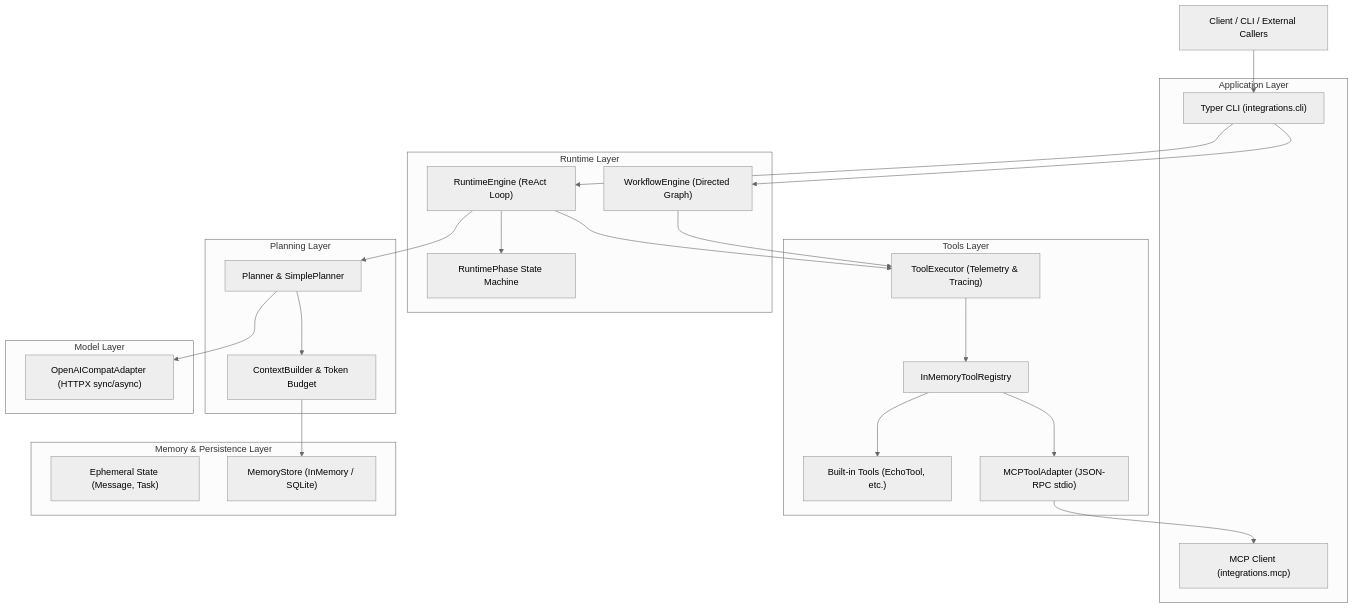
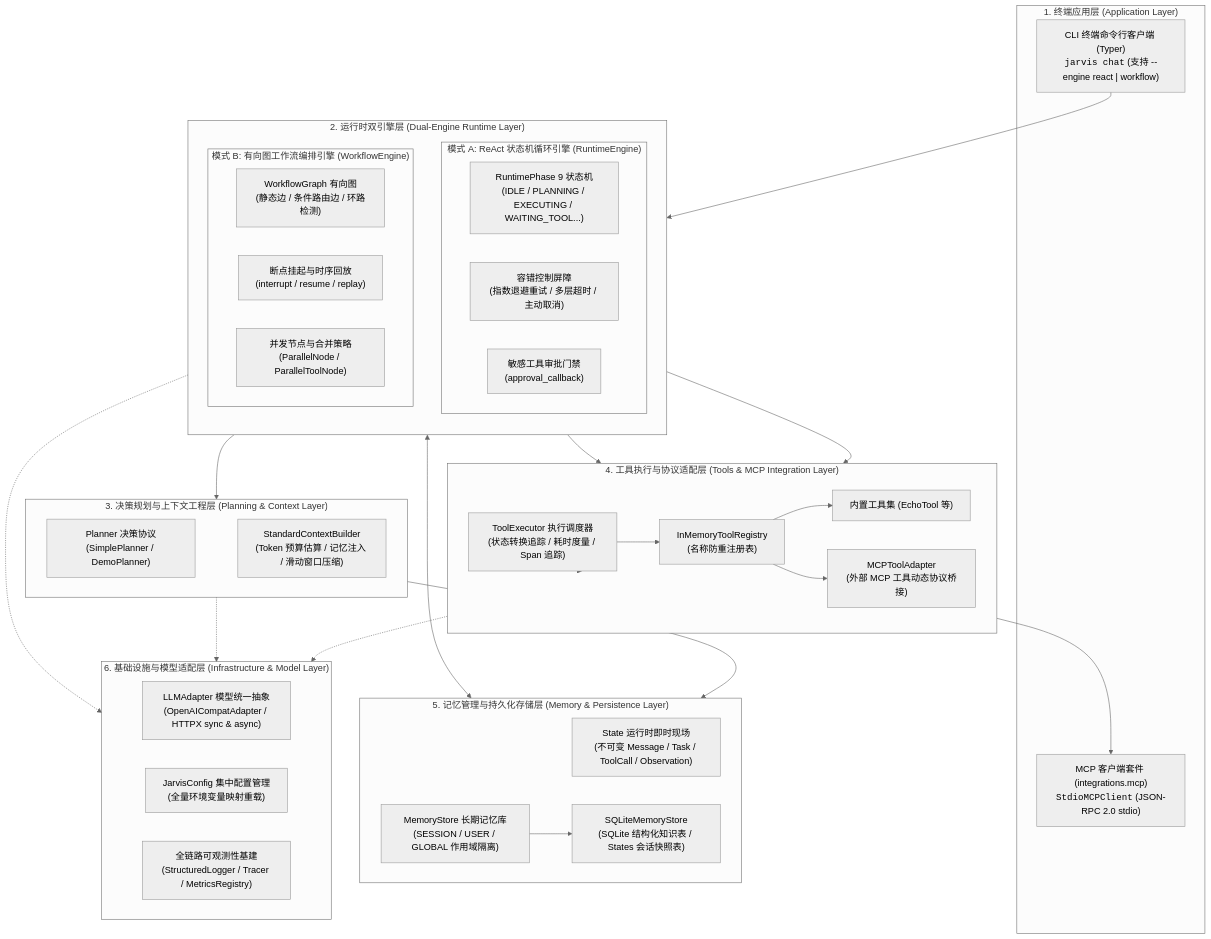
Before and after one commit to theGitForDalibor/AgentCore: the first of 3 diagrams in README.md, drawn with Mermaid (neutral theme). The commit also changed other lines of this file and 1 other file, not shown here.

Commit message:
Refactor code structure for improved readability and maintainability

````diff
--- a/README.md
+++ b/README.md
@@ -58,51 +77,77 @@
 ```mermaid
 flowchart TD
-    Client["Client / CLI / External Callers"]
-    
-    subgraph AppLayer ["Application Layer"]
-        CLI["Typer CLI (integrations.cli)"]
-        MCPClientPkg["MCP Client (integrations.mcp)"]
+    %% 1. 终端应用层
+    subgraph AppLayer["1. 终端应用层 (Application Layer)"]
+        CLI["CLI 终端命令行客户端 (Typer)<br><code>jarvis chat</code> (支持 --engine react | workflow)"]
+        MCPClientPkg["MCP 客户端套件 (integrations.mcp)<br><code>StdioMCPClient</code> (JSON-RPC 2.0 stdio)"]
     end
 
-    subgraph RuntimeLayer ["Runtime Layer"]
-        RuntimeEngine["RuntimeEngine (ReAct Loop)"]
-        WorkflowEngine["WorkflowEngine (Directed Graph)"]
-        StateMachine["RuntimePhase State Machine"]
+    %% 2. 运行时双引擎层
+    subgraph EngineLayer["2. 运行时双引擎层 (Dual-Engine Runtime Layer)"]
+        direction TB
+
+        subgraph ReActEngine["模式 A: ReAct 状态机循环引擎 (RuntimeEngine)"]
+            direction LR
+            SM["RuntimePhase 9 状态机<br>(IDLE / PLANNING / EXECUTING / WAITING_TOOL...)"]
+            Retry["容错控制屏障<br>(指数退避重试 / 多层超时 / 主动取消)"]
+            Approval["敏感工具审批门禁<br>(approval_callback)"]
+        end
+
+        subgraph WorkflowEngineBox["模式 B: 有向图工作流编排引擎 (WorkflowEngine)"]
+            direction LR
+            Graph["WorkflowGraph 有向图<br>(静态边 / 条件路由边 / 环路检测)"]
+            HITL["断点挂起与时序回放<br>(interrupt / resume / replay)"]
+            Parallel["并发节点与合并策略<br>(ParallelNode / ParallelToolNode)"]
+        end
     end
 
-    subgraph PlanLayer ["Planning Layer"]
-        Planner["Planner & SimplePlanner"]
-        ContextBuilder["ContextBuilder & Token Budget"]
+    %% 3. 决策规划与上下文层
+    subgraph PlanLayer["3. 决策规划与上下文工程层 (Planning & Context Layer)"]
+        direction LR
+        Planner["Planner 决策协议<br>(SimplePlanner / DemoPlanner)"]
+        ContextBuilder["StandardContextBuilder<br>(Token 预算估算 / 记忆注入 / 滑动窗口压缩)"]
     end
 
-    subgraph ToolLayer ["Tools Layer"]
-        ToolExecutor["ToolExecutor (Telemetry & Tracing)"]
-        ToolRegistry["InMemoryToolRegistry"]
-        BuiltinTools["Built-in Tools (EchoTool, etc.)"]
-        MCPAdapter["MCPToolAdapter (JSON-RPC stdio)"]
+    %% 4. 工具执行与协议适配层
+    subgraph ToolLayer["4. 工具执行与协议适配层 (Tools & MCP Integration Layer)"]
+        direction LR
+        Executor["ToolExecutor 执行调度器<br>(状态转换追踪 / 耗时度量 / Span 追踪)"]
+        Registry["InMemoryToolRegistry<br>(名称防重注册表)"]
+        MCPAdapter["MCPToolAdapter<br>(外部 MCP 工具动态协议桥接)"]
+        EchoTool["内置工具集 (EchoTool 等)"]
     end
 
-    subgraph StorageLayer ["Memory & Persistence Layer"]
-        StateMem["Ephemeral State (Message, Task)"]
-        MemStore["MemoryStore (InMemory / SQLite)"]
+    %% 5. 记忆管理与持久化存储层
+    subgraph StorageLayer["5. 记忆管理与持久化存储层 (Memory & Persistence Layer)"]
+        direction LR
+        State["State 运行时即时现场<br>(不可变 Message / Task / ToolCall / Observation)"]
+        MemStore["MemoryStore 长期记忆库<br>(SESSION / USER / GLOBAL 作用域隔离)"]
+        SQLite["SQLiteMemoryStore<br>(SQLite 结构化知识表 / States 会话快照表)"]
     end
 
-    subgraph ModelLayer ["Model Layer"]
-        LLMAdapter["OpenAICompatAdapter (HTTPX sync/async)"]
+    %% 6. 基础设施与模型适配层
+    subgraph InfraLayer["6. 基础设施与模型适配层 (Infrastructure & Model Layer)"]
+        direction LR
+        LLM["LLMAdapter 模型统一抽象<br>(OpenAICompatAdapter / HTTPX sync & async)"]
+        Config["JarvisConfig 集中配置管理<br>(全量环境变量映射重载)"]
+        Telemetry["全链路可观测性基建<br>(StructuredLogger / Tracer / MetricsRegistry)"]
     end
 
-    Client --> CLI
-    CLI --> RuntimeEngine
-    CLI --> WorkflowEngine
-    RuntimeEngine --> StateMachine
-    RuntimeEngine --> Planner
-    RuntimeEngine --> ToolExecutor
-    WorkflowEngine --> ToolExecutor
-    Planner --> ContextBuilder
-    Planner --> LLMAdapter
+    %% 层间流转拓扑
+    CLI --> EngineLayer
+    ReActEngine --> PlanLayer
+    ReActEngine --> ToolLayer
+    WorkflowEngineBox --> ToolLayer
+    PlanLayer --> ContextBuilder
+    PlanLayer -.-> LLM
     ContextBuilder --> MemStore
-    ToolExecutor --> ToolRegistry
-    ToolRegistry --> BuiltinTools
-    ToolRegistry --> MCPAdapter
+    ToolLayer --> Executor
+    Executor --> Registry
+    Registry --> EchoTool
+    Registry --> MCPAdapter
     MCPAdapter --> MCPClientPkg
+    EngineLayer <--> StorageLayer
+    MemStore --> SQLite
+    EngineLayer -.-> Telemetry
+    ToolLayer -.-> Telemetry
 ```
````
